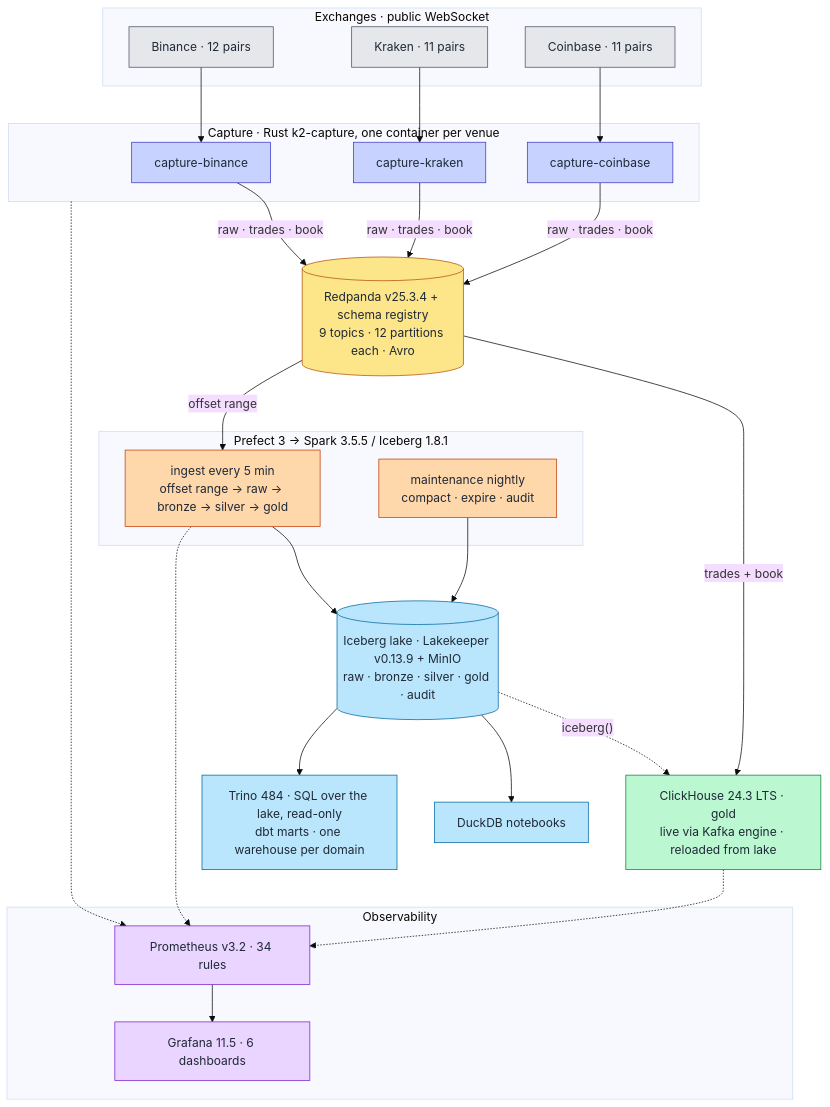
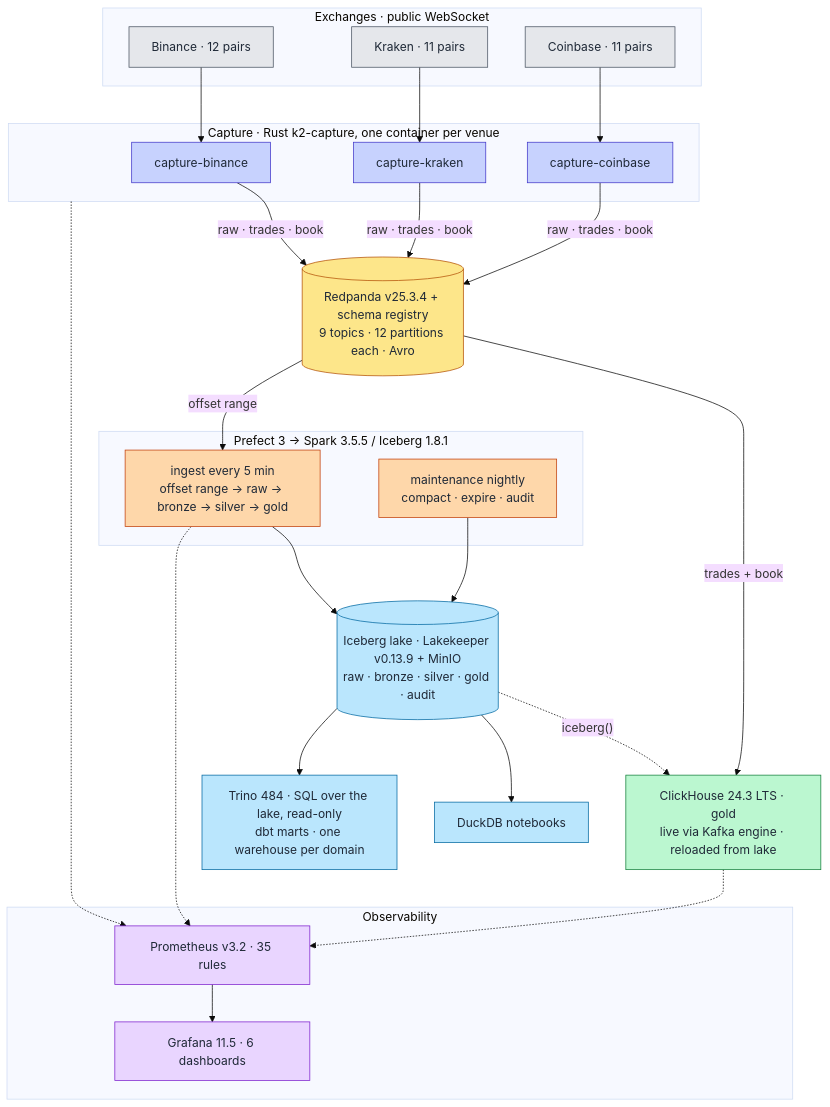
Before and after one commit to rjdscott/k2-market-data-platform: the diagram in docs/architecture/04-system-overview.md, drawn with Mermaid (base theme). The commit also changed 15 other files, not shown here.

````diff
--- a/docs/architecture/04-system-overview.md
+++ b/docs/architecture/04-system-overview.md
@@ -28,53 +28,53 @@
 ```mermaid
 flowchart TB
     subgraph EX["Exchanges · public WebSocket"]
         BIN["Binance · 12 pairs"]
         KRK["Kraken · 11 pairs"]
         CBS["Coinbase · 11 pairs"]
     end
     subgraph CAP["Capture · Rust k2-capture, one container per venue"]
         FHB["capture-binance"]
         FHK["capture-kraken"]
         FHC["capture-coinbase"]
     end
     RP[("Redpanda v25.3.4 + schema registry<br/>9 topics · 12 partitions each · Avro")]
     subgraph BATCH["Prefect 3 → Spark 3.5.5 / Iceberg 1.8.1"]
         ING["ingest every 5 min<br/>offset range → raw → bronze → silver → gold"]
         MNT["maintenance nightly<br/>compact · expire · audit"]
     end
     ICE[("Iceberg lake · Lakekeeper v0.13.9 + MinIO<br/>raw · bronze · silver · gold · audit")]
     CH["ClickHouse 24.3 LTS · gold<br/>live via Kafka engine · reloaded from lake"]
     NB["DuckDB notebooks"]
     TR["Trino 484 · SQL over the lake, read-only<br/>dbt marts · one warehouse per domain"]
     subgraph OBS["Observability"]
-        PR["Prometheus v3.2 · 34 rules"]
+        PR["Prometheus v3.2 · 35 rules"]
         GR["Grafana 11.5 · 6 dashboards"]
     end
 
     BIN --> FHB
     KRK --> FHK
     CBS --> FHC
     FHB & FHK & FHC -->|"raw · trades · book"| RP
     RP -->|"trades + book"| CH
     RP -->|"offset range"| ING --> ICE
     MNT --> ICE
     ICE -.->|"iceberg()"| CH
     ICE --> NB
     ICE --> TR
     CAP & CH & ING -.-> PR --> GR
 
     classDef ex fill:#e5e7eb,stroke:#4b5563,color:#1f2937
     classDef rs fill:#c7d2fe,stroke:#4338ca,color:#1f2937
     classDef rp fill:#fde68a,stroke:#b45309,color:#1f2937
     classDef ch fill:#bbf7d0,stroke:#15803d,color:#1f2937
     classDef sp fill:#fed7aa,stroke:#c2410c,color:#1f2937
     classDef lk fill:#bae6fd,stroke:#0369a1,color:#1f2937
     classDef ob fill:#e9d5ff,stroke:#7e22ce,color:#1f2937
     class BIN,KRK,CBS ex
     class FHB,FHK,FHC rs
     class RP rp
     class CH ch
     class ING,MNT sp
     class ICE,NB,TR lk
     class PR,GR ob
 ```
````
